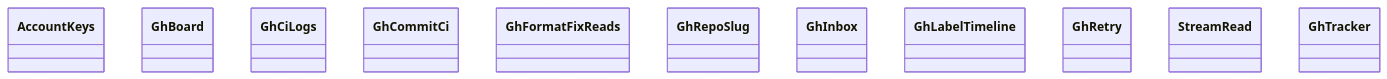
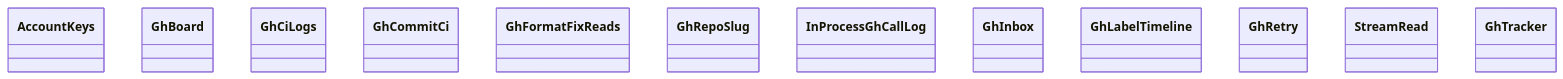
One commit to GonzaloZevallos/agentic-system changed the diagram in docs/architecture/generated/classes-process-adapters-github.md. Above: the diagram before and after it, drawn with Mermaid. The commit also changed 9 other files, not shown here.

Commit message:
Regenerate the architecture docs for the GhCallLog seam

````diff
--- a/docs/architecture/generated/classes-process-adapters-github.md
+++ b/docs/architecture/generated/classes-process-adapters-github.md
@@ -12,14 +12,15 @@
 ```mermaid
 classDiagram
     class github__account__AccountKeys["AccountKeys"]
     class github__board__GhBoard["GhBoard"]
     class github__ci_logs__GhCiLogs["GhCiLogs"]
     class github__commit_ci__GhCommitCi["GhCommitCi"]
     class github__format_fix_reads__GhFormatFixReads["GhFormatFixReads"]
     class github__format_fix_reads__GhRepoSlug["GhRepoSlug"]
+    class github__gh_call_log__InProcessGhCallLog["InProcessGhCallLog"]
     class github__inbox__GhInbox["GhInbox"]
     class github__label_timeline__GhLabelTimeline["GhLabelTimeline"]
     class github__run__GhRetry["GhRetry"]
     class github__run__StreamRead["StreamRead"]
     class github__tracker__GhTracker["GhTracker"]
 ```
````
